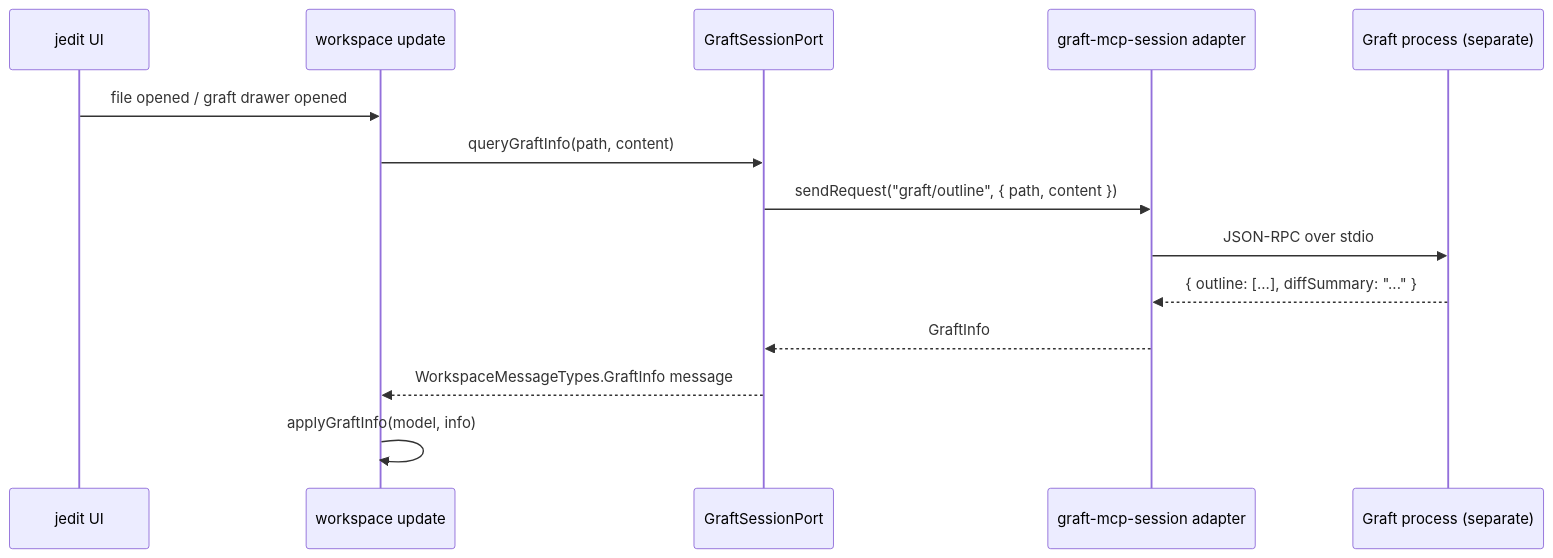
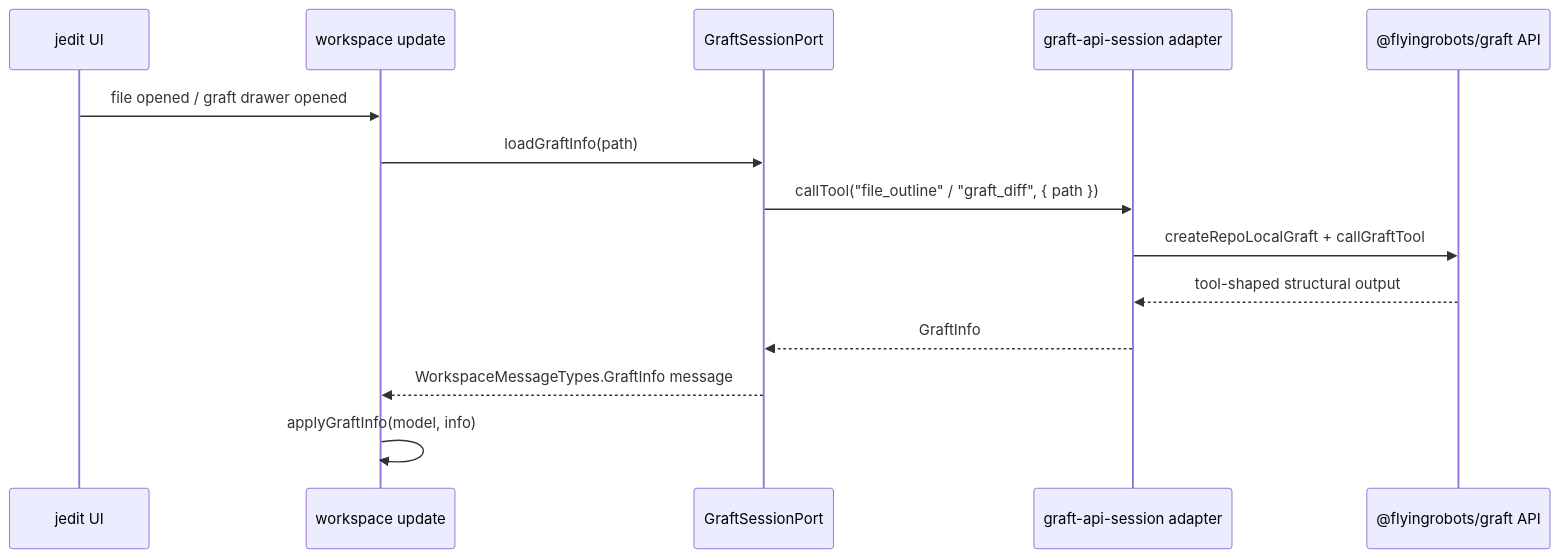
One commit to flyingrobots/jedit changed diagram 18 of 21 in docs/technical-teardown.md. Above: the diagram before and after it, drawn with Mermaid. The commit also changed other lines of this file and 8 other files, not shown here.

Commit message:
fix: use direct Graft API for jedit drawer

````diff
--- a/docs/technical-teardown.md
+++ b/docs/technical-teardown.md
@@ -1357,17 +1357,17 @@
 ```mermaid
 sequenceDiagram
     participant UI as jedit UI
     participant WS as workspace update
     participant Graft as GraftSessionPort
-    participant MCP as graft-mcp-session adapter
-    participant GraftProc as Graft process (separate)
+    participant API as graft-api-session adapter
+    participant GraftLib as @flyingrobots/graft API
 
     UI->>WS: file opened / graft drawer opened
-    WS->>Graft: queryGraftInfo(path, content)
-    Graft->>MCP: sendRequest("graft/outline", { path, content })
-    MCP->>GraftProc: JSON-RPC over stdio
-    GraftProc-->>MCP: { outline: [...], diffSummary: "..." }
-    MCP-->>Graft: GraftInfo
+    WS->>Graft: loadGraftInfo(path)
+    Graft->>API: callTool("file_outline" / "graft_diff", { path })
+    API->>GraftLib: createRepoLocalGraft + callGraftTool
+    GraftLib-->>API: tool-shaped structural output
+    API-->>Graft: GraftInfo
     Graft-->>WS: WorkspaceMessageTypes.GraftInfo message
     WS->>WS: applyGraftInfo(model, info)
 ```
````
